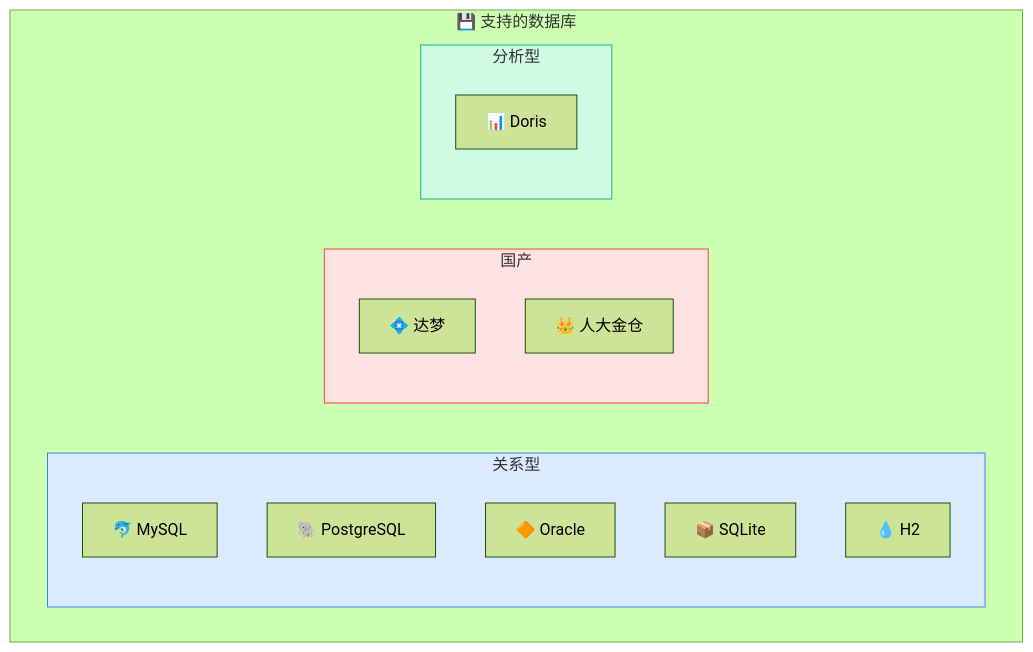
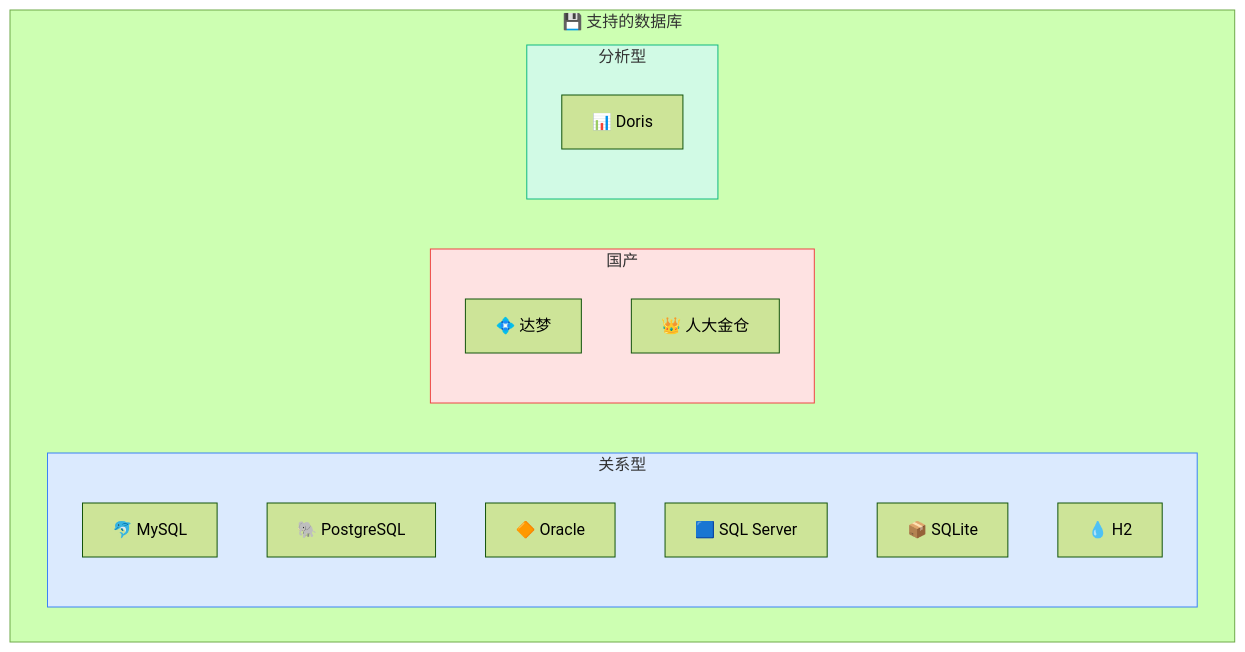
The fourth of 6 diagrams in auto-table-doc/docs/快速开始/简介.md (dromara/auto-table), drawn with Mermaid (forest theme) before and after one commit. The commit also changed other lines of this file and 19 other files, not shown here.

First line of the commit message:
feat(docs): 添加 SQL Server 数据库适配文档并优化版本管理

````diff
--- a/auto-table-doc/docs/快速开始/简介.md
+++ b/auto-table-doc/docs/快速开始/简介.md
@@ -128,27 +128,28 @@
 ```mermaid
 flowchart TB
     subgraph databases["💾 支持的数据库"]
         direction LR
         
         subgraph relational["关系型"]
             D1["🐬 MySQL"]
             D2["🐘 PostgreSQL"]
             D3["🔶 Oracle"]
+            D9["🟦 SQL Server"]
             D4["📦 SQLite"]
             D5["💧 H2"]
         end
         
         subgraph domestic["国产"]
             D6["💠 达梦"]
             D7["👑 人大金仓"]
         end
         
         subgraph analytical["分析型"]
             D8["📊 Doris"]
         end
     end
 
     style relational fill:#dbeafe,stroke:#3b82f6
     style domestic fill:#fee2e2,stroke:#ef4444
     style analytical fill:#d1fae5,stroke:#10b981
 ```
````
